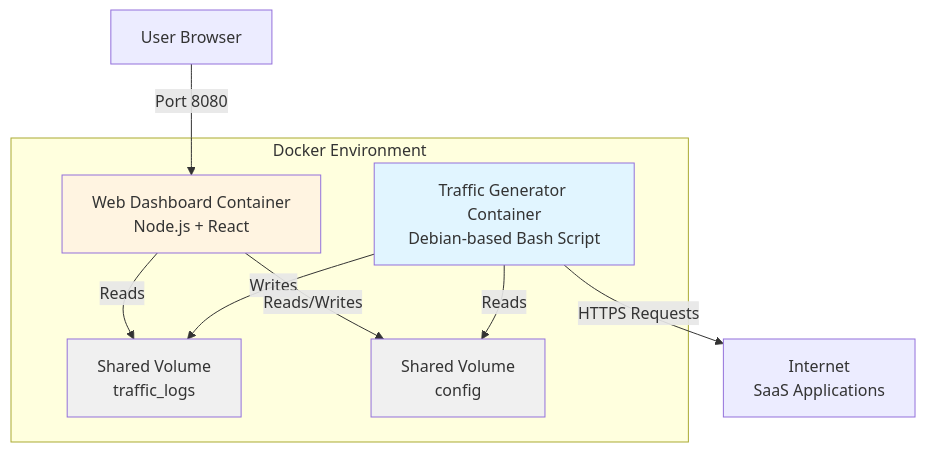
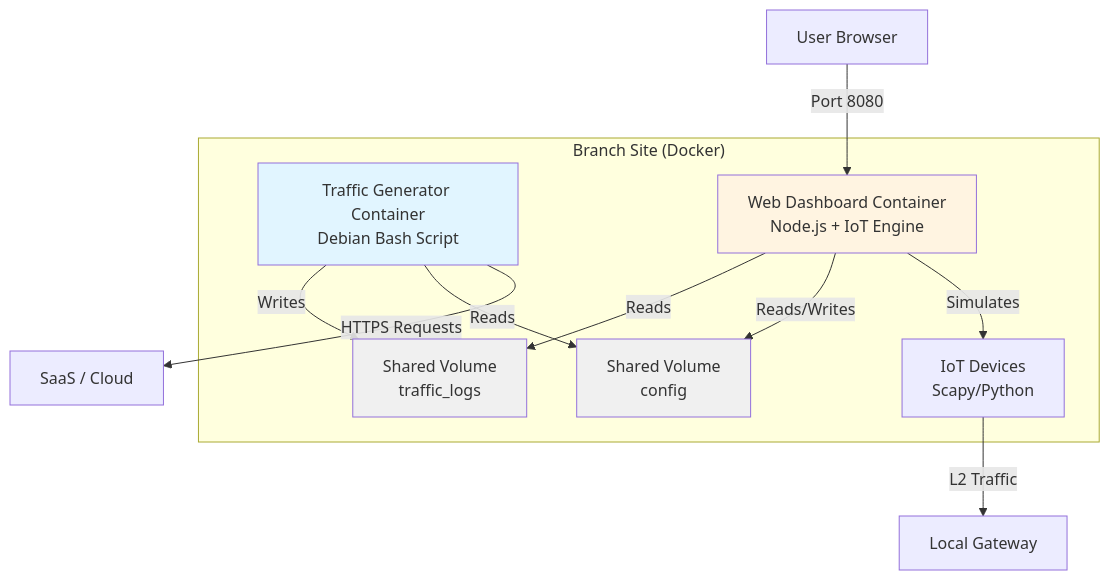
The first of 4 diagrams in SPECIFICATION.md (jsuzanne/sdwan-traffic-generator-web), drawn with Mermaid before and after one commit. The commit also changed other lines of this file and 7 other files, not shown here.

Commit message:
docs: update technical diagrams and specifications to include IoT module

````diff
--- a/SPECIFICATION.md
+++ b/SPECIFICATION.md
@@ -29,21 +30,23 @@
 ```mermaid
 graph TB
-    subgraph "Docker Environment"
-        TG[Traffic Generator Container<br/>Debian-based Bash Script]
-        WEB[Web Dashboard Container<br/>Node.js + React]
+    subgraph "Branch Site (Docker)"
+        TG[Traffic Generator Container<br/>Debian Bash Script]
+        WEB[Web Dashboard Container<br/>Node.js + IoT Engine]
         
         TG -->|Writes| LOGS[Shared Volume<br/>traffic_logs]
         TG -->|Reads| CONFIG[Shared Volume<br/>config]
         
         WEB -->|Reads| LOGS
         WEB -->|Reads/Writes| CONFIG
+        WEB -->|Simulates| IOT[IoT Devices<br/>Scapy/Python]
     end
     
     USER[User Browser] -->|Port 8080| WEB
-    TG -->|HTTPS Requests| INTERNET[Internet<br/>SaaS Applications]
+    TG -->|HTTPS Requests| INTERNET[SaaS / Cloud]
+    IOT -->|L2 Traffic| GW[Local Gateway]
     
     style TG fill:#e1f5ff
     style WEB fill:#fff4e1
     style LOGS fill:#f0f0f0
     style CONFIG fill:#f0f0f0
 ```
````
